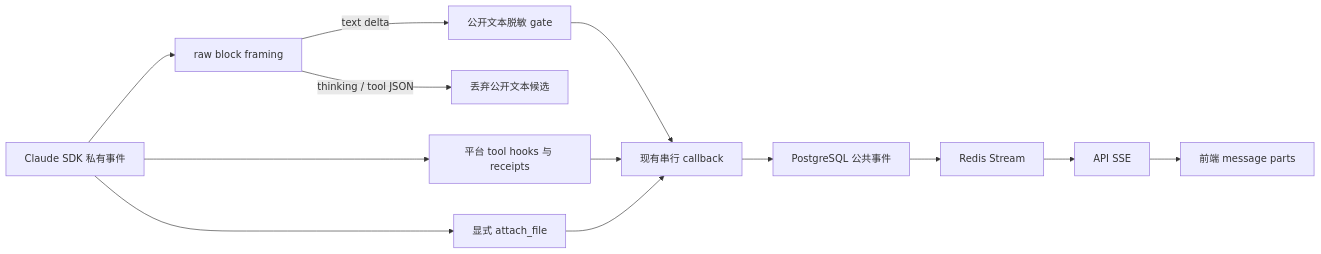
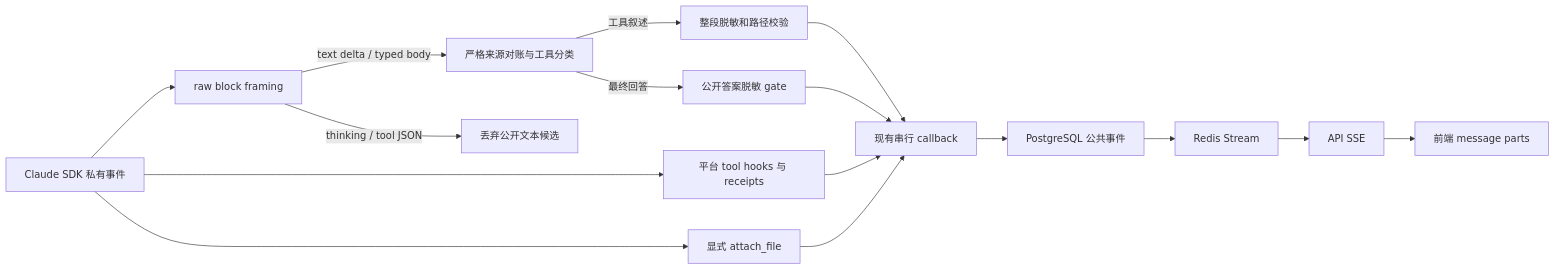
One commit to demonsxxxxxx/ai-platform changed the diagram in docs/implementation/streaming-message-parts-design.md. Above: the diagram before and after it, drawn with Mermaid. The commit also changed other lines of this file and 18 other files, not shown here.

````diff
--- a/docs/implementation/streaming-message-parts-design.md
+++ b/docs/implementation/streaming-message-parts-design.md
@@ -65,15 +66,18 @@
 ```mermaid
 flowchart LR
   SDK[Claude SDK 私有事件] --> F[raw block framing]
-  F -->|text delta| G[公开文本脱敏 gate]
+  F -->|text delta / typed body| V[严格来源对账与工具分类]
   F -->|thinking / tool JSON| X[丢弃公开文本候选]
-  G --> C[现有串行 callback]
+  V -->|最终回答| G[公开答案脱敏 gate]
+  V -->|工具叙述| W[整段脱敏和路径校验]
+  W --> C[现有串行 callback]
+  G --> C
   C --> P[PostgreSQL 公共事件]
   P --> R[Redis Stream]
   R --> S[API SSE]
   S --> UI[前端 message parts]
   SDK --> T[平台 tool hooks 与 receipts]
   T --> C
   SDK --> A[显式 attach_file]
   A --> C
 ```
````
